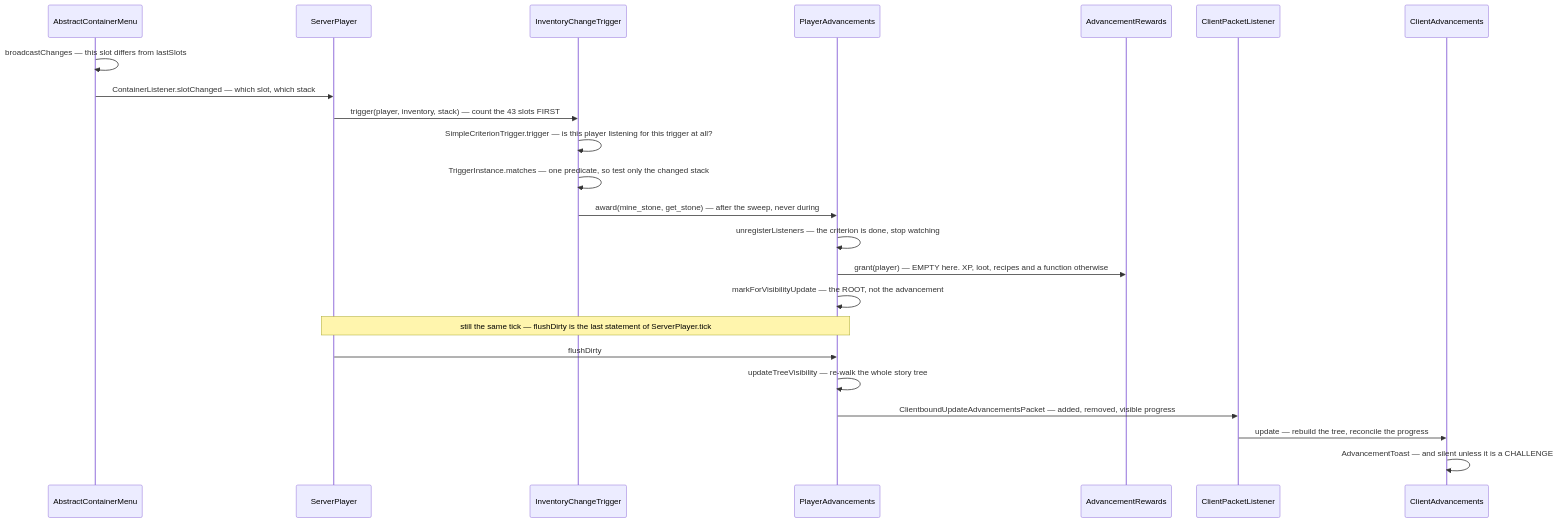
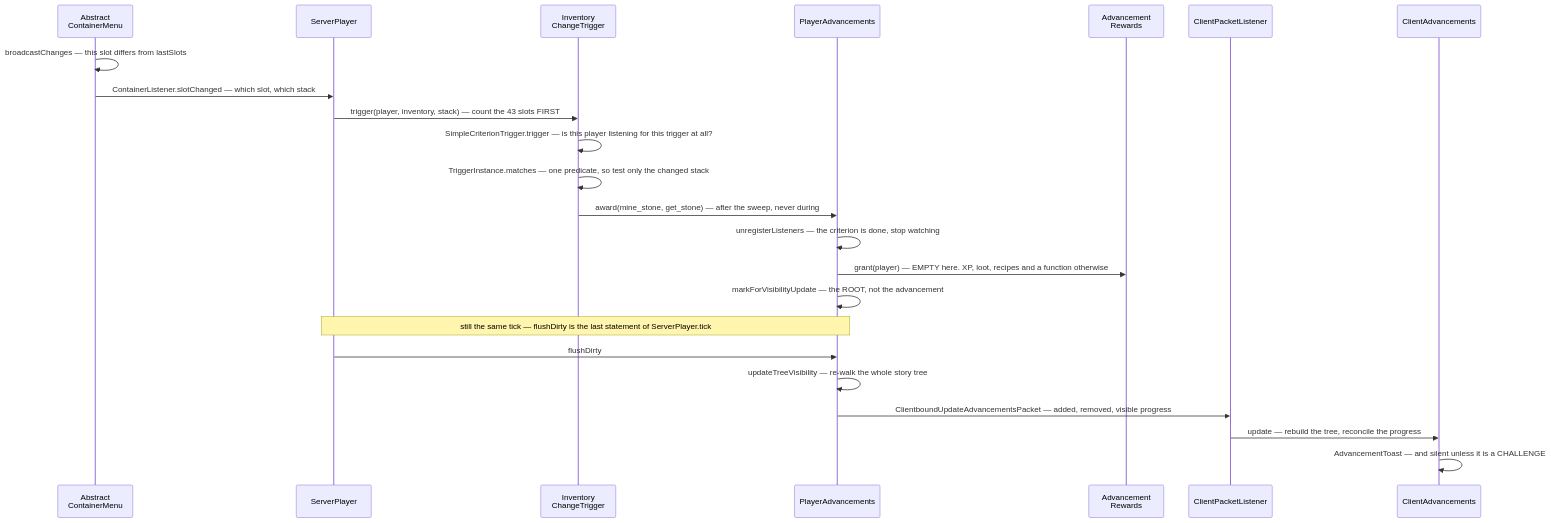
One commit to AlexanderjFraser/MinecraftDocs changed the diagram in src/systems/commands/advancements.md. Above: the diagram before and after it, drawn with Mermaid. The commit also changed 68 other files, not shown here.

````diff
--- a/src/systems/commands/advancements.md
+++ b/src/systems/commands/advancements.md
@@ -58,26 +58,26 @@
 ```mermaid
 sequenceDiagram
-    participant ACM as AbstractContainerMenu
+    participant ACM as Abstract<br/>ContainerMenu
     participant SP as ServerPlayer
-    participant ICT as InventoryChangeTrigger
+    participant ICT as Inventory<br/>ChangeTrigger
     participant PA as PlayerAdvancements
-    participant AR as AdvancementRewards
+    participant AR as Advancement<br/>Rewards
     participant CPL as ClientPacketListener
     participant CAdv as ClientAdvancements
 
     ACM->>ACM: broadcastChanges — this slot differs from lastSlots
     ACM->>SP: ContainerListener.slotChanged — which slot, which stack
     SP->>ICT: trigger(player, inventory, stack) — count the 43 slots FIRST
     ICT->>ICT: SimpleCriterionTrigger.trigger — is this player listening for this trigger at all?
     ICT->>ICT: TriggerInstance.matches — one predicate, so test only the changed stack
     ICT->>PA: award(mine_stone, get_stone) — after the sweep, never during
     PA->>PA: unregisterListeners — the criterion is done, stop watching
     PA->>AR: grant(player) — EMPTY here. XP, loot, recipes and a function otherwise
     PA->>PA: markForVisibilityUpdate — the ROOT, not the advancement
     Note over SP,PA: still the same tick — flushDirty is the last statement of ServerPlayer.tick
     SP->>PA: flushDirty
     PA->>PA: updateTreeVisibility — re-walk the whole story tree
     PA->>CPL: ClientboundUpdateAdvancementsPacket — added, removed, visible progress
     CPL->>CAdv: update — rebuild the tree, reconcile the progress
     CAdv->>CAdv: AdvancementToast — and silent unless it is a CHALLENGE
 ```
````
